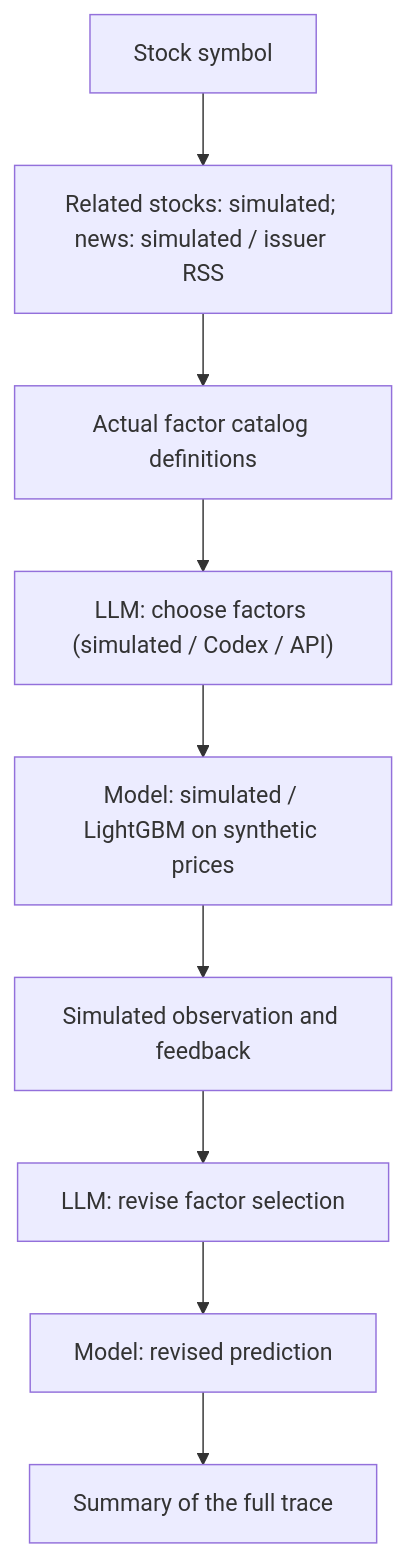
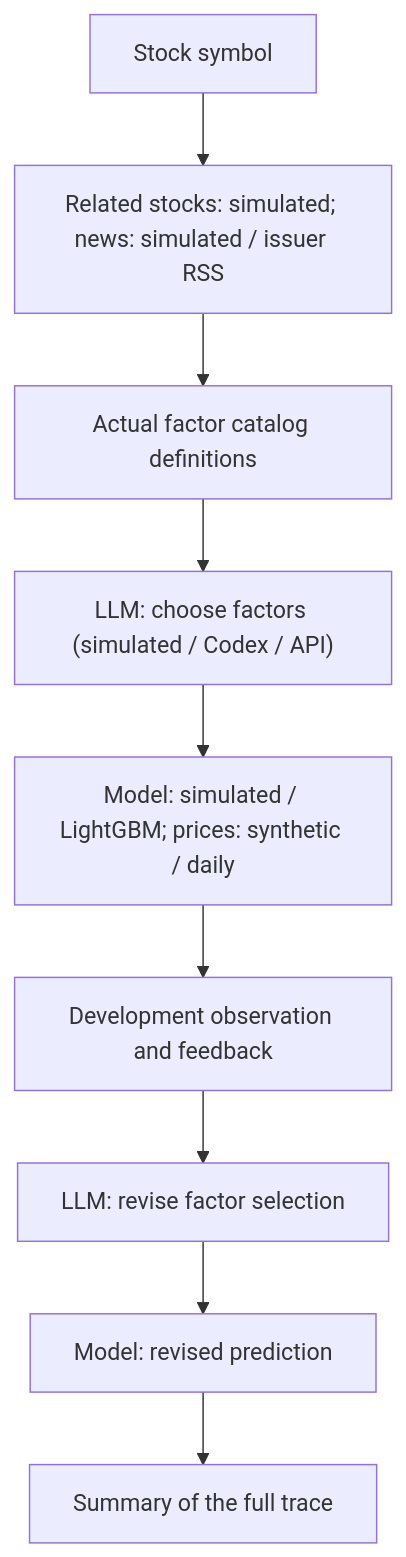
Before and after one commit to chickeyton/Quant_RSI: the second of 2 diagrams in README.md, drawn with Mermaid. The commit also changed other lines of this file and 10 other files, not shown here.

Commit message:
Run the stock research loop on retained daily prices

````diff
--- a/README.md
+++ b/README.md
@@ -75,11 +76,11 @@
 ```mermaid
 flowchart TD
     A["Stock symbol"] --> B["Related stocks: simulated; news: simulated / issuer RSS"]
     B --> C["Actual factor catalog definitions"]
     C --> D["LLM: choose factors (simulated / Codex / API)"]
-    D --> E["Model: simulated / LightGBM on synthetic prices"]
-    E --> F["Simulated observation and feedback"]
+    D --> E["Model: simulated / LightGBM; prices: synthetic / daily"]
+    E --> F["Development observation and feedback"]
     F --> G["LLM: revise factor selection"]
     G --> H["Model: revised prediction"]
     H --> I["Summary of the full trace"]
 ```
````
